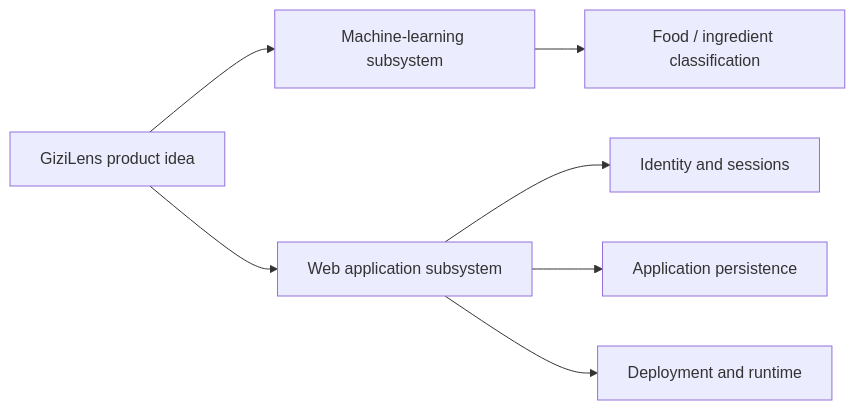
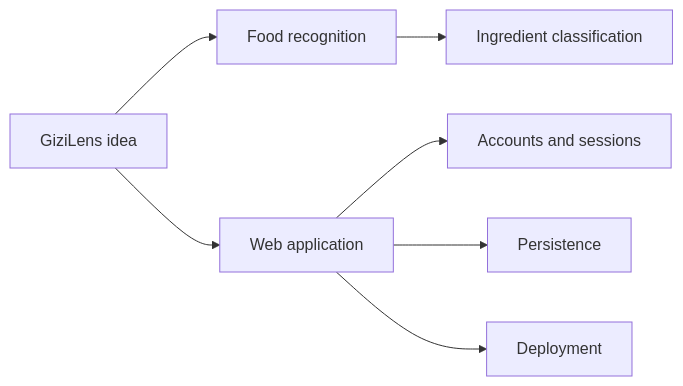
One commit to farismnrr/portofolio changed the diagram in frontend/content/projects/gizilens.md. Above: the diagram before and after it, drawn with Mermaid. The commit also changed other lines of this file and 10 other files, not shown here.

````diff
--- a/frontend/content/projects/gizilens.md
+++ b/frontend/content/projects/gizilens.md
@@ -29,11 +25,10 @@
 ```mermaid
 flowchart LR
-    IDEA[GiziLens product idea]
-    IDEA --> ML[Machine-learning subsystem]
-    IDEA --> APP[Web application subsystem]
-
-    ML --> CLASSIFY[Food / ingredient classification]
-    APP --> AUTH[Identity and sessions]
-    APP --> DATA[Application persistence]
-    APP --> RUNTIME[Deployment and runtime]
+    IDEA[GiziLens idea]
+    IDEA --> ML[Food recognition]
+    IDEA --> APP[Web application]
+    ML --> CLASSIFY[Ingredient classification]
+    APP --> AUTH[Accounts and sessions]
+    APP --> DATA[Persistence]
+    APP --> RUNTIME[Deployment]
 ```
````
